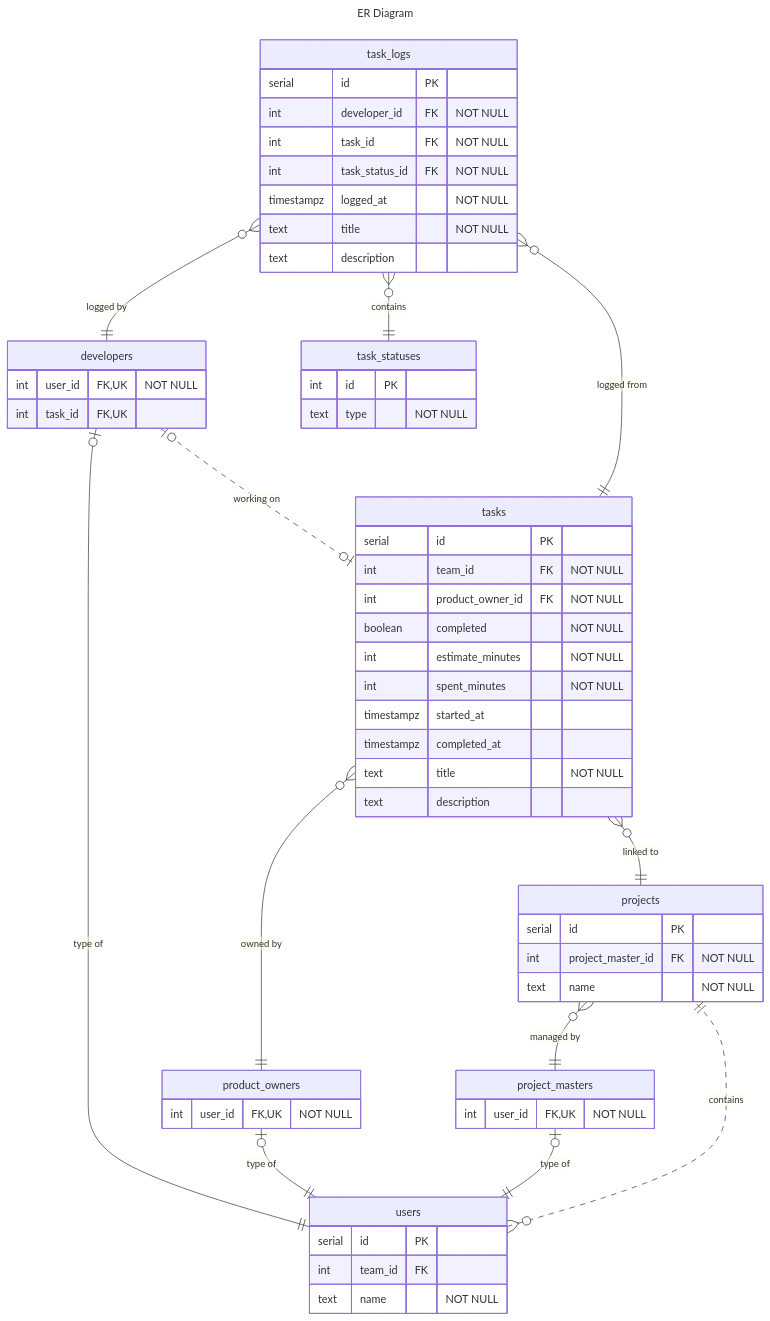
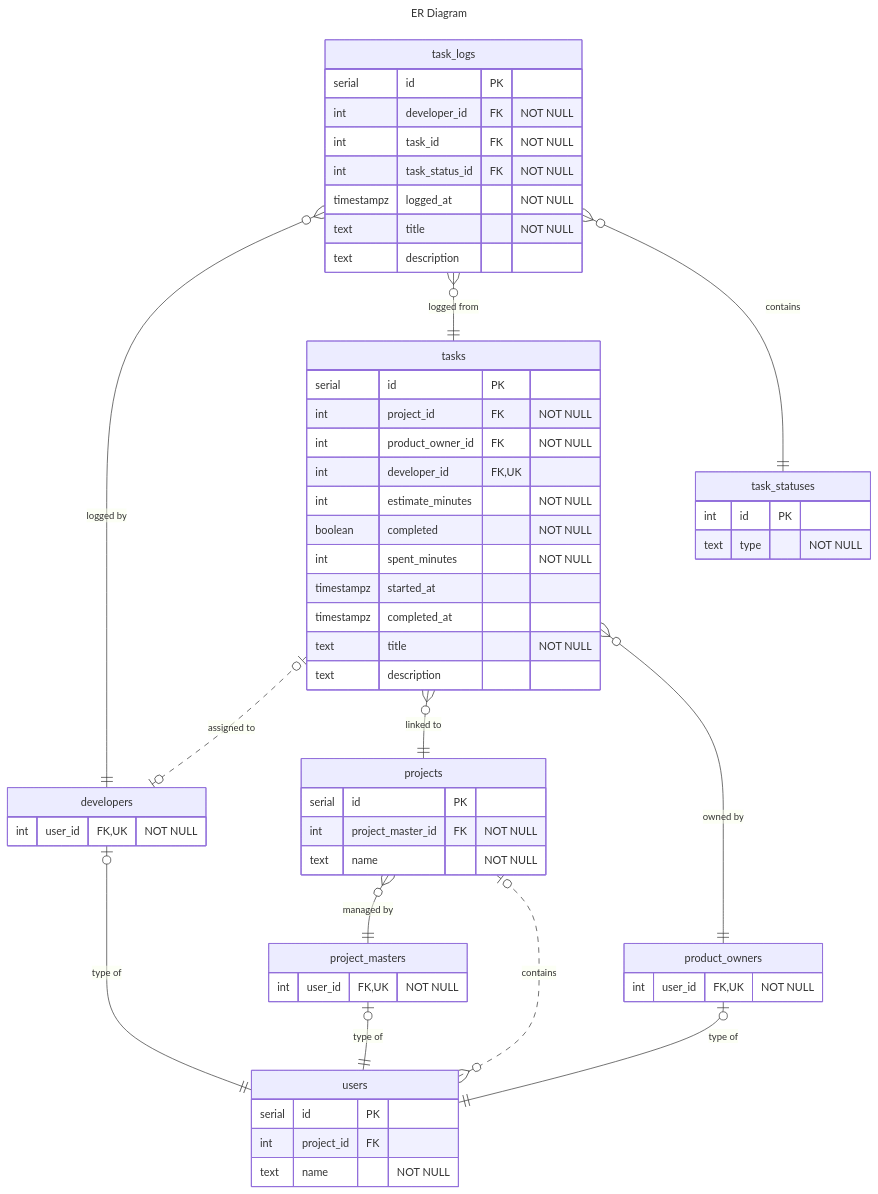
The diagram in docs/er-diagram.mmd (emilsolgaard1/boolean-june-project-backend), drawn with Mermaid before and after one commit. The commit also changed 3 other files, not shown here.

Commit message:
docs: added openapi documentation 2# pass of er-diagram and user-stories

```diff
--- a/docs/er-diagram.mmd
+++ b/docs/er-diagram.mmd
@@ -1,60 +1,60 @@
 ---
 title: ER Diagram
 ---
 erDiagram
     projects }o--|| project_masters : "managed by"
     projects {
         serial id PK
         int project_master_id FK "NOT NULL"
         text name "NOT NULL"
     }
-    users }o..|| projects : "contains"
+    users }o..o| projects : "contains"
     users {
         serial id PK
-        int team_id FK
+        int project_id FK
         text name "NOT NULL"
     }
     developers |o--|| users : "type of"
-    developers |o..o| tasks : "working on"
     developers {
         int user_id FK, UK "NOT NULL"
-        int task_id FK, UK
     }
     product_owners |o--|| users : "type of"
     product_owners {
         int user_id FK, UK "NOT NULL"
     }
     project_masters |o--|| users : "type of"
     project_masters {
         int user_id FK, UK "NOT NULL" 
     }
+    tasks |o..o| developers : "assigned to"
     tasks }o--|| projects : "linked to"
     tasks }o--|| product_owners : "owned by"
     tasks {
         serial id PK
-        int team_id FK "NOT NULL"
+        int project_id FK "NOT NULL"
         int product_owner_id FK "NOT NULL"
+        int developer_id FK, UK
+        int estimate_minutes "NOT NULL"
         boolean completed "NOT NULL"
-        int estimate_minutes "NOT NULL"
         int spent_minutes "NOT NULL"
         timestampz started_at
         timestampz completed_at
         text title "NOT NULL"
         text description
     }
     task_logs }o--|| developers : "logged by"
     task_logs }o--|| tasks : "logged from"
     task_logs }o--|| task_statuses : "contains"
     task_logs {
         serial id PK
         int developer_id FK "NOT NULL"
         int task_id FK "NOT NULL"
         int task_status_id FK "NOT NULL"
         timestampz logged_at "NOT NULL"
         text title "NOT NULL"
         text description
     }
     task_statuses {
         int id PK
         text type "NOT NULL"
     }
```
